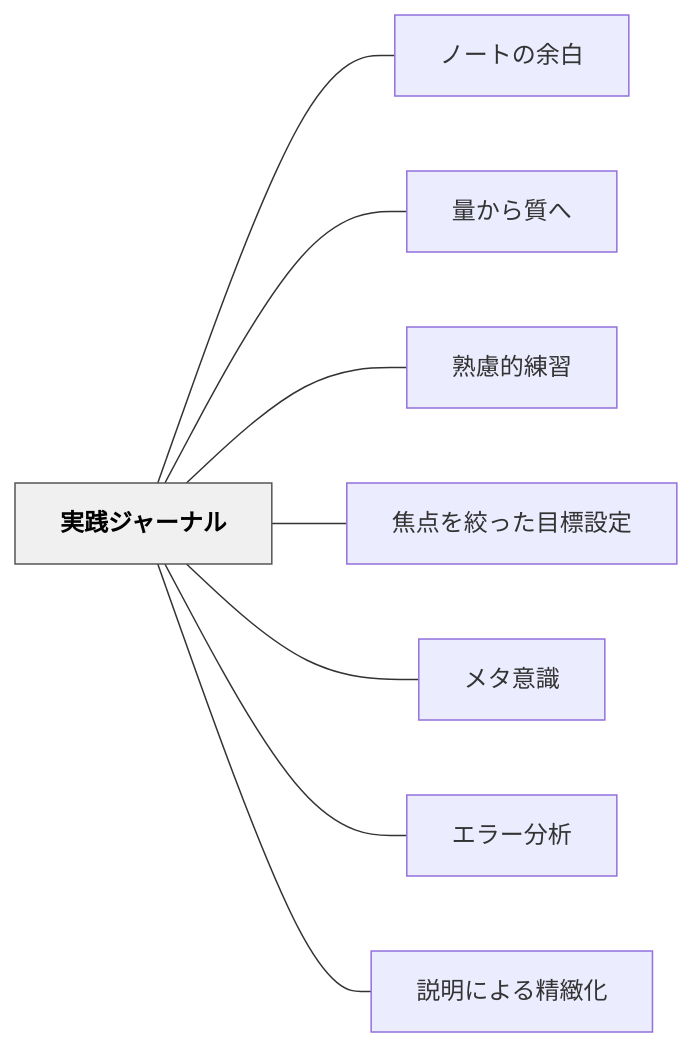
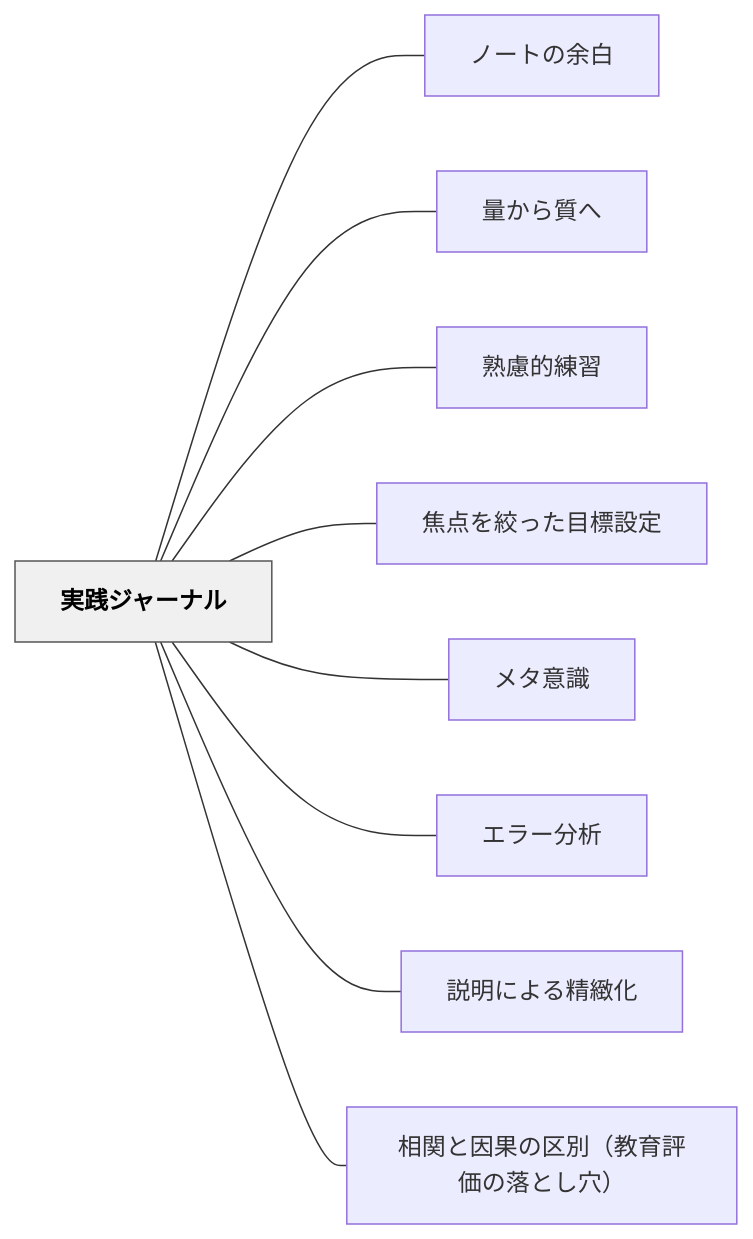
The diagram in content/パタン/実践ジャーナル.md (unknownthings-ed-patterns/unknownthings-ed-patterns), drawn with Mermaid before and after one commit. The commit also changed other lines of this file and 2 other files, not shown here.

Commit message:
auto: Obsidianから同期 2026-06-11 04:56

````diff
--- a/content/パタン/実践ジャーナル.md
+++ b/content/パタン/実践ジャーナル.md
@@ -55,22 +55,24 @@
 ```mermaid
 flowchart LR
     ne5ae9fe8b7b5e382b8e383a3e383bce3838ae383ab["実践ジャーナル"]
     ne3838ee383bce38388e381aee4bd99e799bd["ノートの余白"]
     ne9878fe3818be38289e8b3aae381b8["量から質へ"]
     ne7869fe685aee79a84e7b7b4e7bf92["熟慮的練習"]
     ne784a6e782b9e38292e7b59ee381a3e3819fe79baee6a899e8a8ade5ae9a["焦点を絞った目標設定"]
     ne383a1e382bfe6848fe8ad98["メタ意識"]
     ne382a8e383a9e383bce58886e69e90["エラー分析"]
     ne8aaace6988ee381abe38288e3828be7b2bee7b7bbe58c96["説明による精緻化"]
+    ne79bb8e996a2e381a8e59ba0e69e9ce381aee58cbae588a5efbc88e69599e882b2e8a995e4bea1e381aee890bde381a8e38197e7a9b4efbc89["相関と因果の区別（教育評価の落とし穴）"]
 
     ne5ae9fe8b7b5e382b8e383a3e383bce3838ae383ab --- ne3838ee383bce38388e381aee4bd99e799bd
     ne5ae9fe8b7b5e382b8e383a3e383bce3838ae383ab --- ne9878fe3818be38289e8b3aae381b8
     ne5ae9fe8b7b5e382b8e383a3e383bce3838ae383ab --- ne7869fe685aee79a84e7b7b4e7bf92
     ne5ae9fe8b7b5e382b8e383a3e383bce3838ae383ab --- ne784a6e782b9e38292e7b59ee381a3e3819fe79baee6a899e8a8ade5ae9a
     ne5ae9fe8b7b5e382b8e383a3e383bce3838ae383ab --- ne383a1e382bfe6848fe8ad98
     ne5ae9fe8b7b5e382b8e383a3e383bce3838ae383ab --- ne382a8e383a9e383bce58886e69e90
     ne5ae9fe8b7b5e382b8e383a3e383bce3838ae383ab --- ne8aaace6988ee381abe38288e3828be7b2bee7b7bbe58c96
+    ne5ae9fe8b7b5e382b8e383a3e383bce3838ae383ab --- ne79bb8e996a2e381a8e59ba0e69e9ce381aee58cbae588a5efbc88e69599e882b2e8a995e4bea1e381aee890bde381a8e38197e7a9b4efbc89
 
     classDef hub fill:#f0f0f0,stroke:#555,color:#000,font-weight:bold
     class ne5ae9fe8b7b5e382b8e383a3e383bce3838ae383ab hub
 ```
````
